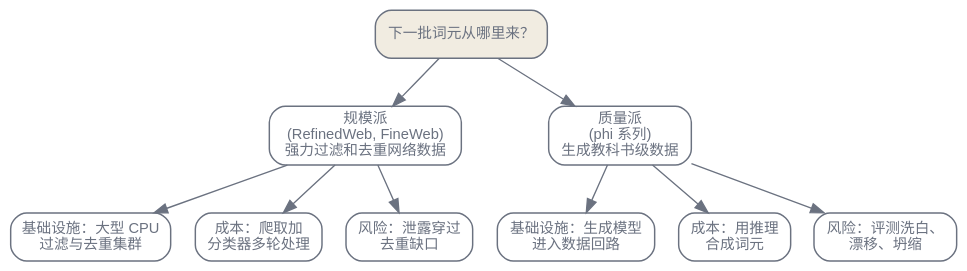
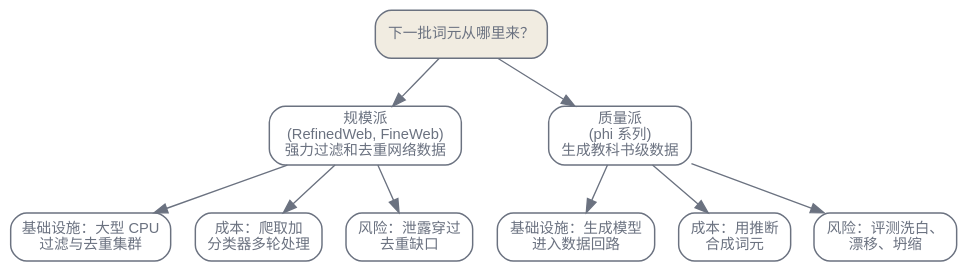
The third of 3 diagrams in zh/foundations/02-data-curation.qmd (latere-ai/ai-as-an-infrastructure), drawn with Graphviz before and after one commit. The commit also changed other lines of this file and 128 other files, not shown here.

````diff
--- a/zh/foundations/02-data-curation.qmd
+++ b/zh/foundations/02-data-curation.qmd
@@ -142,33 +142,33 @@
 ```{dot}
 //| label: fig-data-curation-debate
 //| fig-cap: "规模与质量之争为何未定论：每一派都意味着不同的栈、成本结构与污染风险，因此这一抉择并非单一可调的比值。"
 digraph {
   rankdir=TB;
   bgcolor="transparent";
   node [shape=box, style=rounded, fontsize=11, fontname="Helvetica", color="#6b7280", fontcolor="#6b7280", penwidth=1.1];
   edge [color="#6b7280", fontcolor="#6b7280"];
 
   Q ["label"="下一批词元从哪里来？", shape=box, style="rounded,filled", fillcolor="#f1ece1"];
 
   Scale ["label"="规模派\n(RefinedWeb, FineWeb)\n强力过滤和去重网络数据"];
   Quality ["label"="质量派\n(phi 系列)\n生成教科书级数据"];
 
   Q -> Scale;
   Q -> Quality;
 
   ScaleInfra ["label"="基础设施：大型 CPU\n过滤与去重集群"];
   ScaleCost ["label"="成本：爬取加\n分类器多轮处理"];
   ScaleRisk ["label"="风险：泄露穿过\n去重缺口"];
 
   QualInfra ["label"="基础设施：生成模型\n进入数据回路"];
-  QualCost ["label"="成本：用推理\n合成词元"];
+  QualCost ["label"="成本：用推断\n合成词元"];
   QualRisk ["label"="风险：评测洗白、\n漂移、坍缩"];
 
   Scale -> ScaleInfra;
   Scale -> ScaleCost;
   Scale -> ScaleRisk;
   Quality -> QualInfra;
   Quality -> QualCost;
   Quality -> QualRisk;
 }
 ```
````
